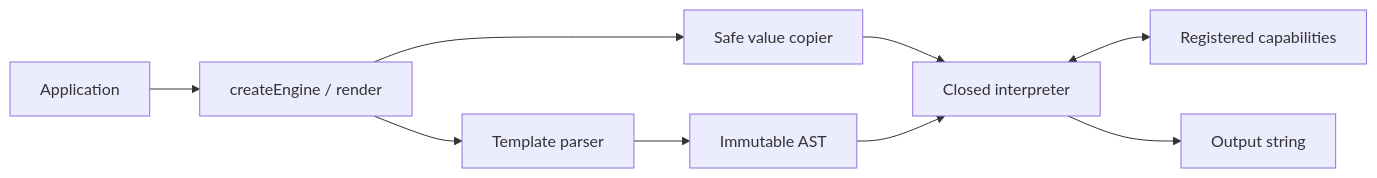
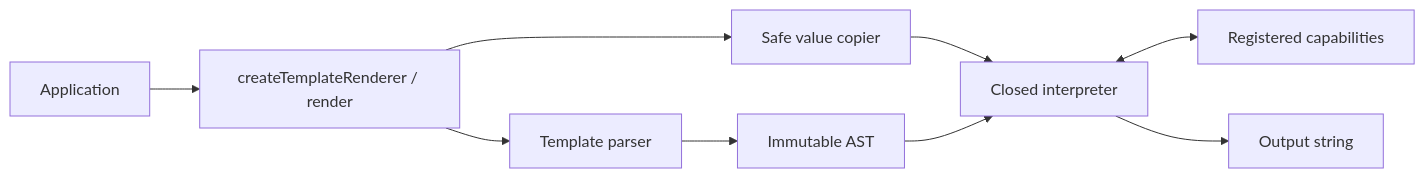
The diagram in docs/architecture.md (Rugvip/nunjitsu), drawn with Mermaid before and after one commit. The commit also changed other lines of this file and 23 other files, not shown here.

Commit message:
api: rename engine to template renderer

````diff
--- a/docs/architecture.md
+++ b/docs/architecture.md
@@ -13,11 +13,11 @@
 ```mermaid
 flowchart LR
-    A["Application"] --> B["createEngine / render"]
+    A["Application"] --> B["createTemplateRenderer / render"]
     B --> C["Safe value copier"]
     B --> D["Template parser"]
     D --> E["Immutable AST"]
     C --> F["Closed interpreter"]
     E --> F
     F <--> G["Registered capabilities"]
     F --> H["Output string"]
 ```
````
